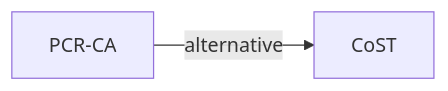
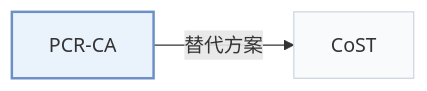
One commit to Galaxy-ghost/Awesome-SID-Generative-Rec changed the second of 2 diagrams in pages/zh/papers/pcr-ca.md. Above: the diagram before and after it, drawn with Mermaid. The commit also changed other lines of this file and 649 other files, not shown here.

Commit message:
writer-05: also tags and modality index (schema, check, build, visuals); summary field removed; calibration data for 12 papers

````diff
--- a/pages/zh/papers/pcr-ca.md
+++ b/pages/zh/papers/pcr-ca.md
@@ -68,5 +74,9 @@
 ```mermaid
 flowchart LR
     P["PCR-CA"]
-    P -->|alternative| A["CoST"]
+    P -->|"替代方案"| A["CoST"]
+    classDef main fill:#eaf2fb,stroke:#6b8fc7,stroke-width:2px
+    classDef peer fill:#f8fafc,stroke:#cbd5e1
+    class P main
+    class A peer
 ```
````
